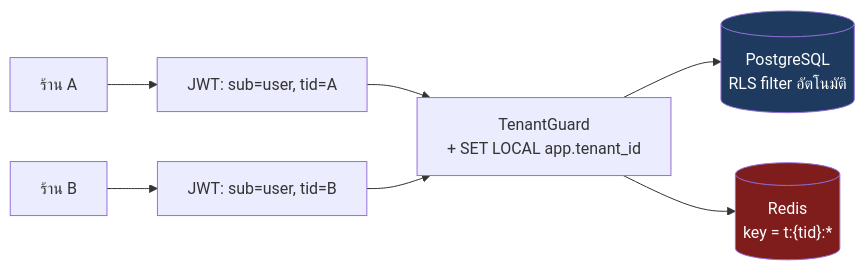
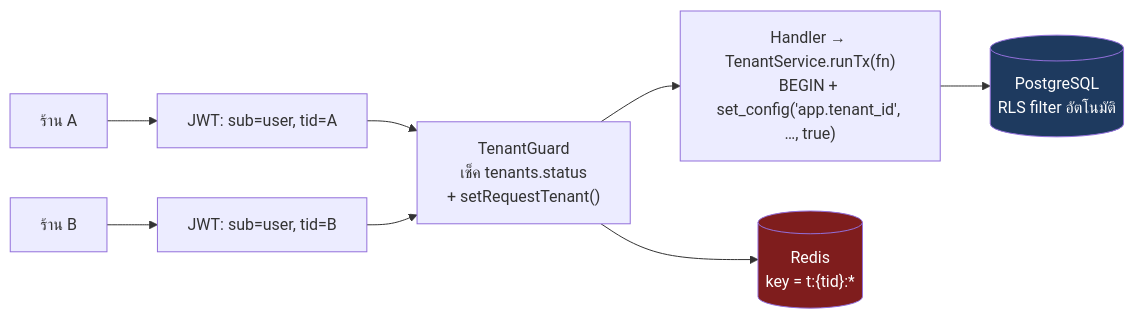
The sixth of 7 diagrams in docs/Backend_design/03_ARCHITECTURE.md (NuimanLP/srisurart-pos-flutter), drawn with Mermaid before and after one commit. The commit also changed other lines of this file and 15 other files, not shown here.

````diff
--- a/docs/Backend_design/03_ARCHITECTURE.md
+++ b/docs/Backend_design/03_ARCHITECTURE.md
@@ -364,10 +391,11 @@
 ```mermaid
 flowchart LR
   R1["ร้าน A"] --> J["JWT: sub=user, tid=A"]
   R2["ร้าน B"] --> J2["JWT: sub=user, tid=B"]
-  J & J2 --> GD["TenantGuard<br/>+ SET LOCAL app.tenant_id"]
-  GD --> PG[("PostgreSQL<br/>RLS filter อัตโนมัติ")]
+  J & J2 --> GD["TenantGuard<br/>เช็ค tenants.status<br/>+ setRequestTenant()"]
+  GD --> TX["Handler → TenantService.runTx(fn)<br/>BEGIN + set_config('app.tenant_id', …, true)"]
+  TX --> PG[("PostgreSQL<br/>RLS filter อัตโนมัติ")]
   GD --> RC[("Redis<br/>key = t:{tid}:*")]
   style PG fill:#1e3a5f,color:#fff
   style RC fill:#7f1d1d,color:#fff
 ```
````
